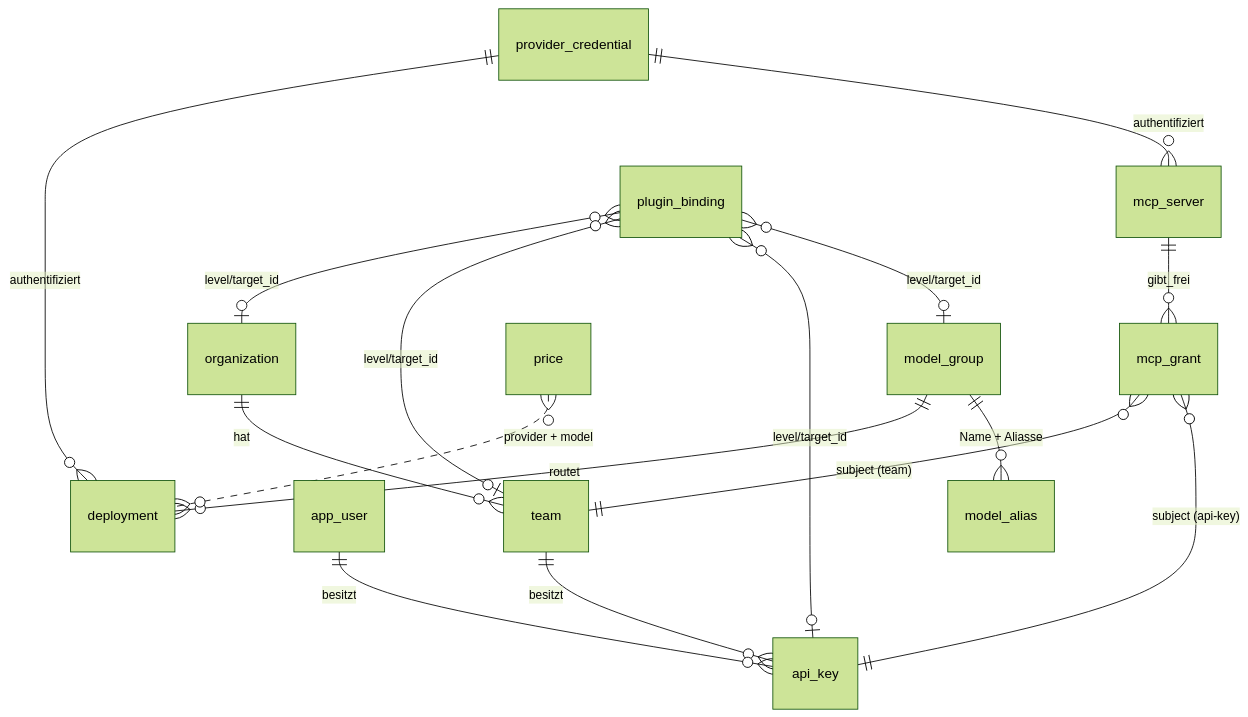
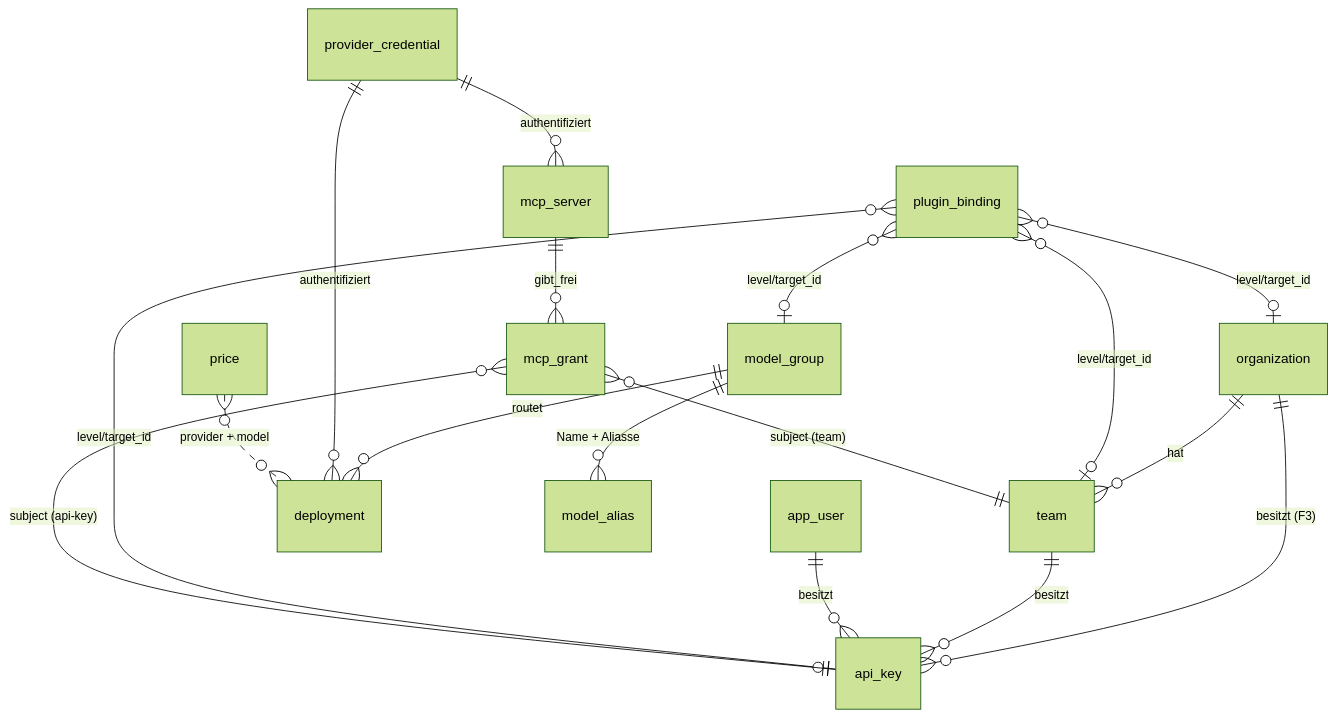
The diagram in docs/konzept/02-datenmodell.md (mupf-dev/ai-gw), drawn with Mermaid (forest theme) before and after one commit. The commit also changed other lines of this file and 71 other files, not shown here.

````diff
--- a/docs/konzept/02-datenmodell.md
+++ b/docs/konzept/02-datenmodell.md
@@ -192,18 +216,19 @@
 ```mermaid
 erDiagram
     organization ||--o{ team : hat
+    organization ||--o{ api_key : "besitzt (F3)"
     team ||--o{ api_key : besitzt
     app_user ||--o{ api_key : besitzt
     model_group ||--o{ deployment : routet
     model_group ||--o{ model_alias : "Name + Aliasse"
     provider_credential ||--o{ deployment : authentifiziert
     provider_credential ||--o{ mcp_server : authentifiziert
     mcp_server ||--o{ mcp_grant : gibt_frei
     plugin_binding }o--o| organization : "level/target_id"
     plugin_binding }o--o| team : "level/target_id"
     plugin_binding }o--o| api_key : "level/target_id"
     plugin_binding }o--o| model_group : "level/target_id"
     mcp_grant }o--|| team : "subject (team)"
     mcp_grant }o--|| api_key : "subject (api-key)"
     price }o..o{ deployment : "provider + model"
 ```
````
